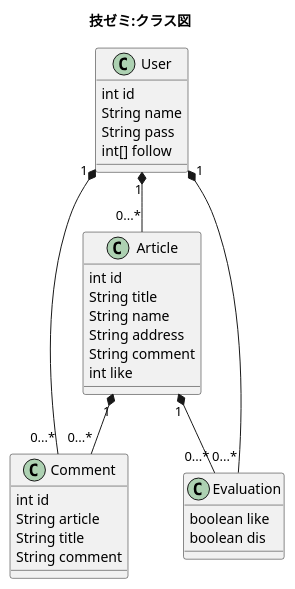
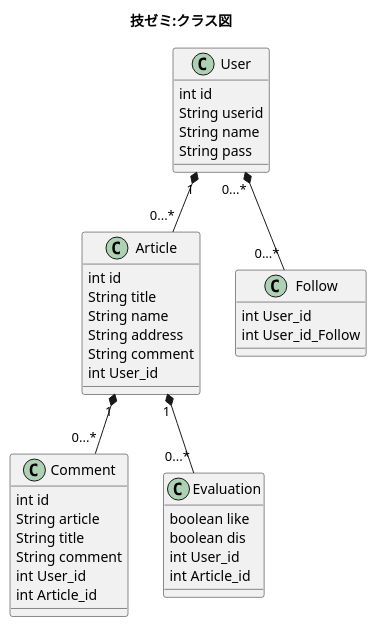
One commit to a191409/java-semi changed the diagram in docs/Class.puml. Above: the diagram before and after it, drawn with PlantUML.

Commit message:
Class.puml

```diff
--- a/docs/Class.puml
+++ b/docs/Class.puml
@@ -1,35 +1,41 @@
 @startuml classsample
 title: 技ゼミ:クラス図
 
 class User {
     int id
+    String userid
     String name
     String pass
-    int[] follow
 }
 class Article {
     int id
     String title
     String name
     String address
     String comment
-    int like
+    int User_id
 }
 class Comment {
     int id
     String article
     String title
     String comment
+    int User_id
+    int Article_id
 }
 class Evaluation{
     boolean like
     boolean dis
+    int User_id
+    int Article_id
+}
+class Follow{
+    int User_id
+    int User_id_Follow
 }
 
 User "1" *-- "0...*" Article
-User "1" *-- "0...*" Comment
-User "1" *-- "0...*" Evaluation
 Article "1" *-- "0...*" Comment
 Article "1" *-- "0...*" Evaluation
-
+User "0...*" *-- "0...*" Follow
 @enduml
```
